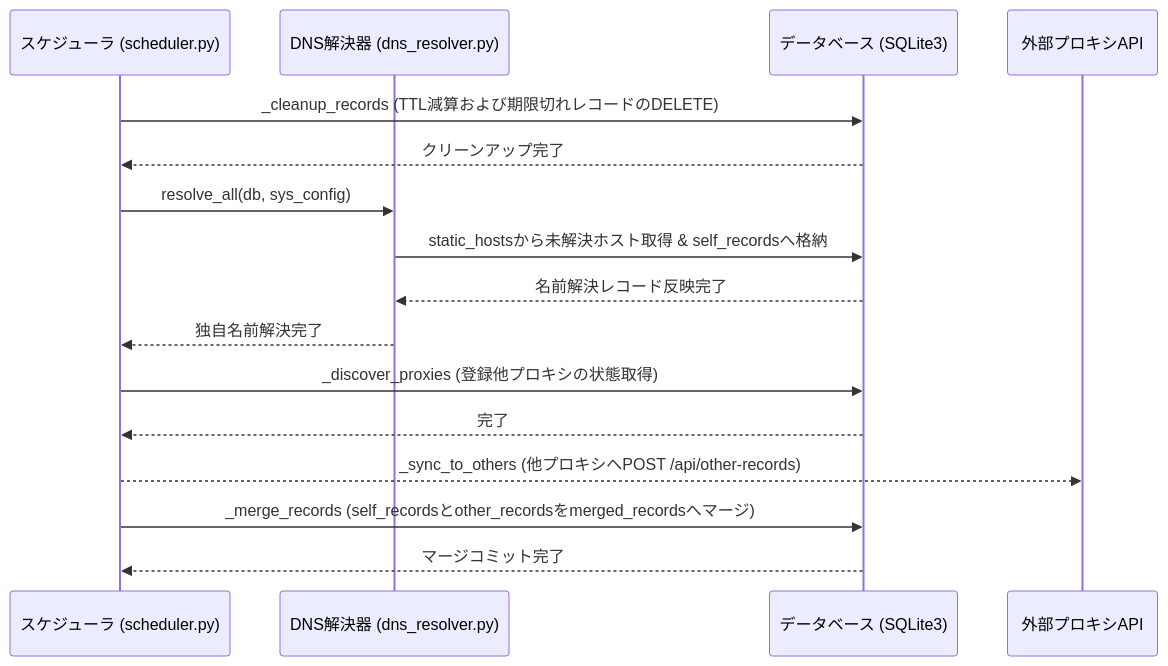
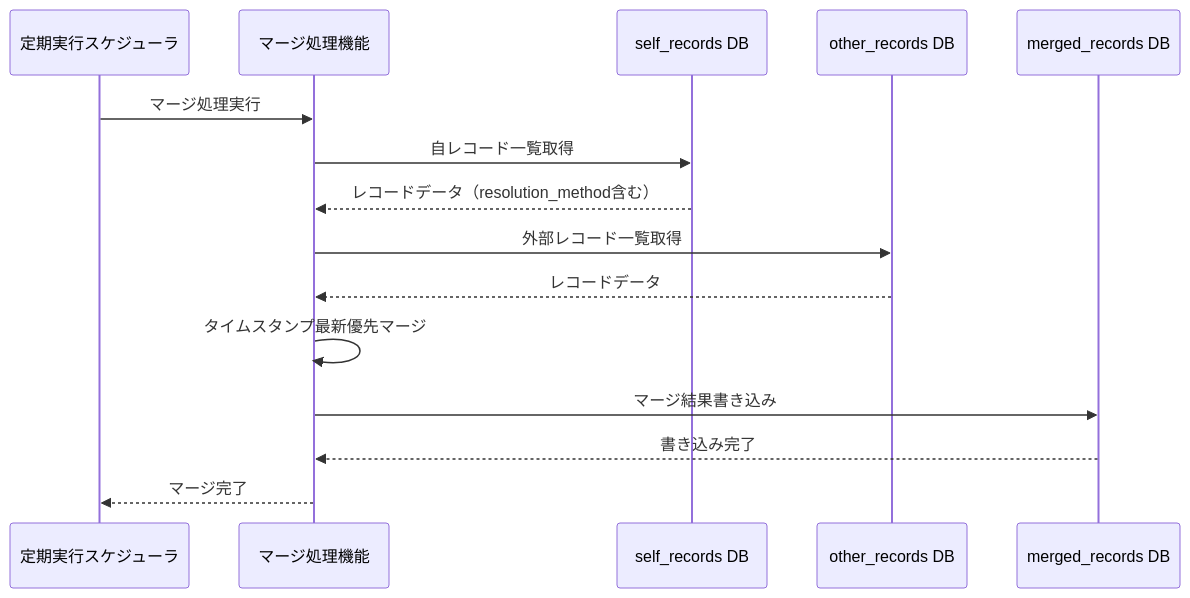
One commit to hiro-gj/mdns_team_proxy changed the fifth of 10 diagrams in specs/4_詳細設計/4.3_シーケンス図.md. Above: the diagram before and after it, drawn with Mermaid. The commit also changed other lines of this file and 12 other files, not shown here.

````diff
--- a/specs/4_詳細設計/4.3_シーケンス図.md
+++ b/specs/4_詳細設計/4.3_シーケンス図.md
@@ -113,18 +176,17 @@
 ```mermaid
 sequenceDiagram
-    participant scheduler as スケジューラ (scheduler.py)
-    participant dns as DNS解決器 (dns_resolver.py)
-    participant db as データベース (SQLite3)
-    participant ext_api as 外部プロキシAPI
-    scheduler->>db: _cleanup_records (TTL減算および期限切れレコードのDELETE)
-    db-->>scheduler: クリーンアップ完了
-    scheduler->>dns: resolve_all(db, sys_config)
-    dns->>db: static_hostsから未解決ホスト取得 & self_recordsへ格納
-    db-->>dns: 名前解決レコード反映完了
-    dns-->>scheduler: 独自名前解決完了
-    scheduler->>db: _discover_proxies (登録他プロキシの状態取得)
-    db-->>scheduler: 完了
-    scheduler-->>ext_api: _sync_to_others (他プロキシへPOST /api/other-records)
-    scheduler->>db: _merge_records (self_recordsとother_recordsをmerged_recordsへマージ)
-    db-->>scheduler: マージコミット完了
+    participant scheduler as 定期実行スケジューラ
+    participant merge_engine as マージ処理機能
+    participant self_db as self_records DB
+    participant other_db as other_records DB
+    participant merged_db as merged_records DB
+    scheduler->>merge_engine: マージ処理実行
+    merge_engine->>self_db: 自レコード一覧取得
+    self_db-->>merge_engine: レコードデータ（resolution_method含む）
+    merge_engine->>other_db: 外部レコード一覧取得
+    other_db-->>merge_engine: レコードデータ
+    merge_engine->>merge_engine: タイムスタンプ最新優先マージ
+    merge_engine->>merged_db: マージ結果書き込み
+    merged_db-->>merge_engine: 書き込み完了
+    merge_engine-->>scheduler: マージ完了
 ```
````
